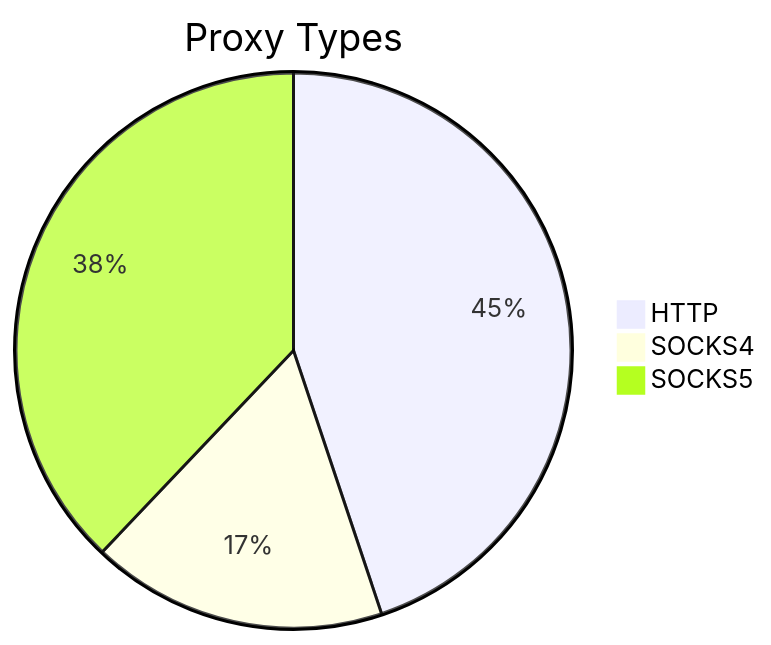
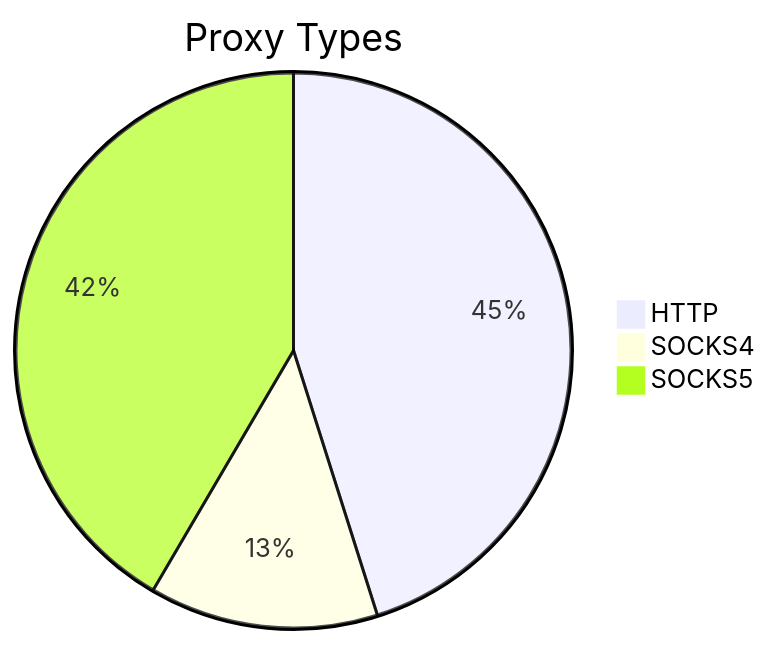
Before and after one commit to stormsia/proxy-list: the first of 2 diagrams in README.md, drawn with Mermaid. The commit also changed other lines of this file, not shown here.

````diff
--- a/README.md
+++ b/README.md
@@ -21,6 +21,6 @@
 ```mermaid
 pie title Proxy Types
-    "HTTP" : 323
-    "SOCKS4" : 124
-    "SOCKS5" : 273
+    "HTTP" : 254
+    "SOCKS4" : 75
+    "SOCKS5" : 234
 ```
````
